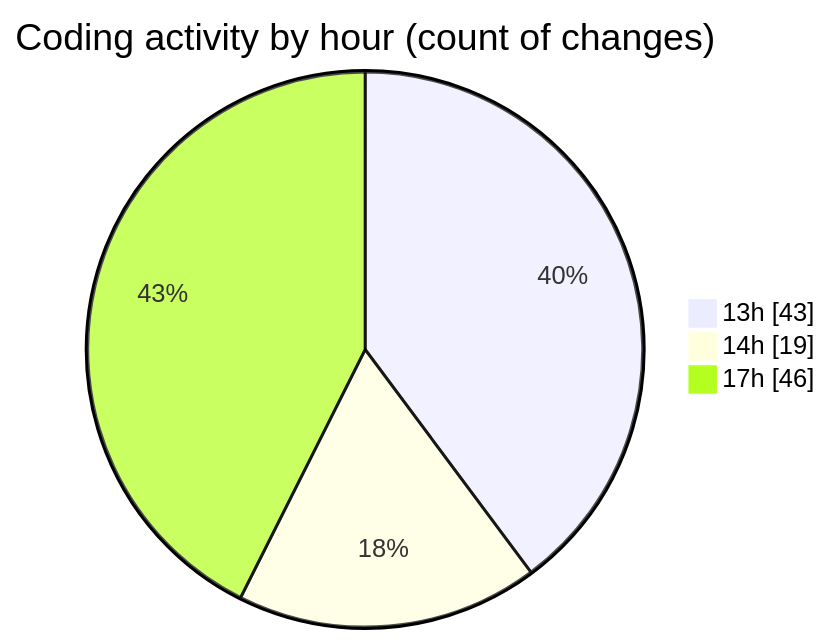
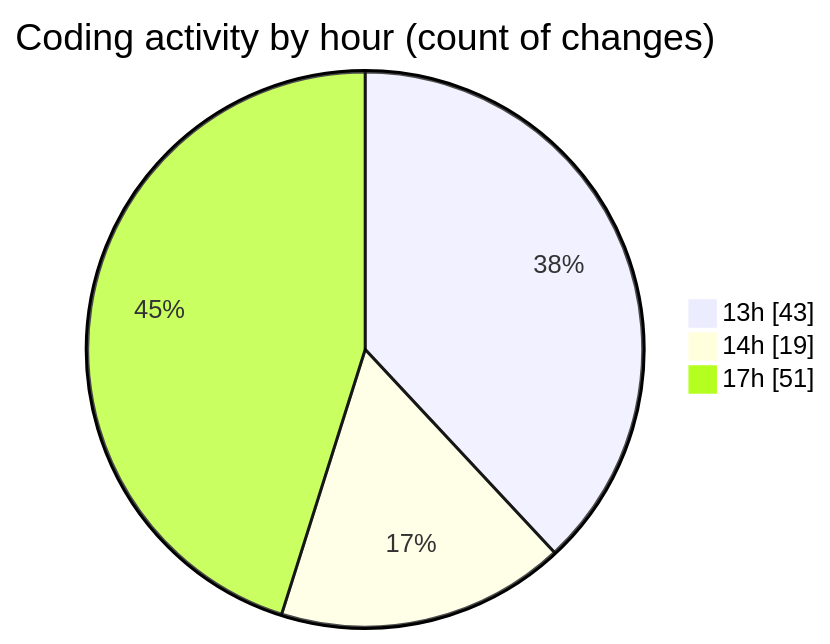
One commit to MatusMokan/code-tracking changed the second of 2 diagrams in 2025-10-04/untitled__workspace_/README.md. Above: the diagram before and after it, drawn with Mermaid. The commit also changed other lines of this file and 1 other file, not shown here.

````diff
--- a/2025-10-04/untitled__workspace_/README.md
+++ b/2025-10-04/untitled__workspace_/README.md
@@ -46,7 +46,7 @@
 ```mermaid
 pie showData
 title Coding activity by hour (count of changes)
 "13h" : 43
 "14h" : 19
-"17h" : 46
+"17h" : 51
 ```
````
